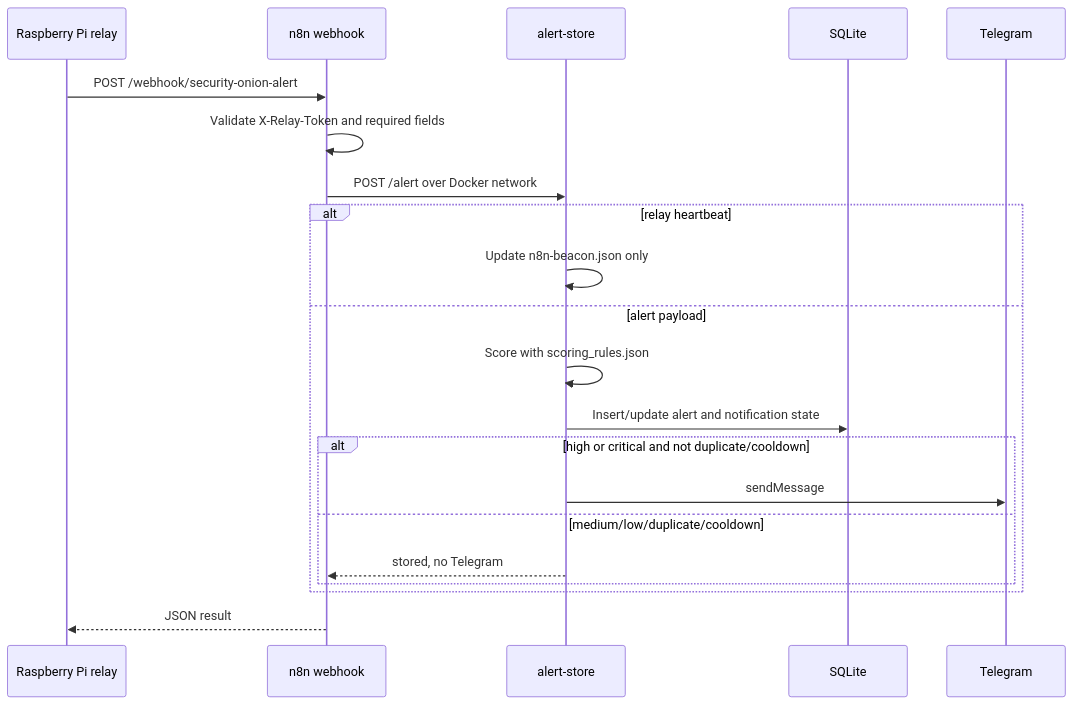
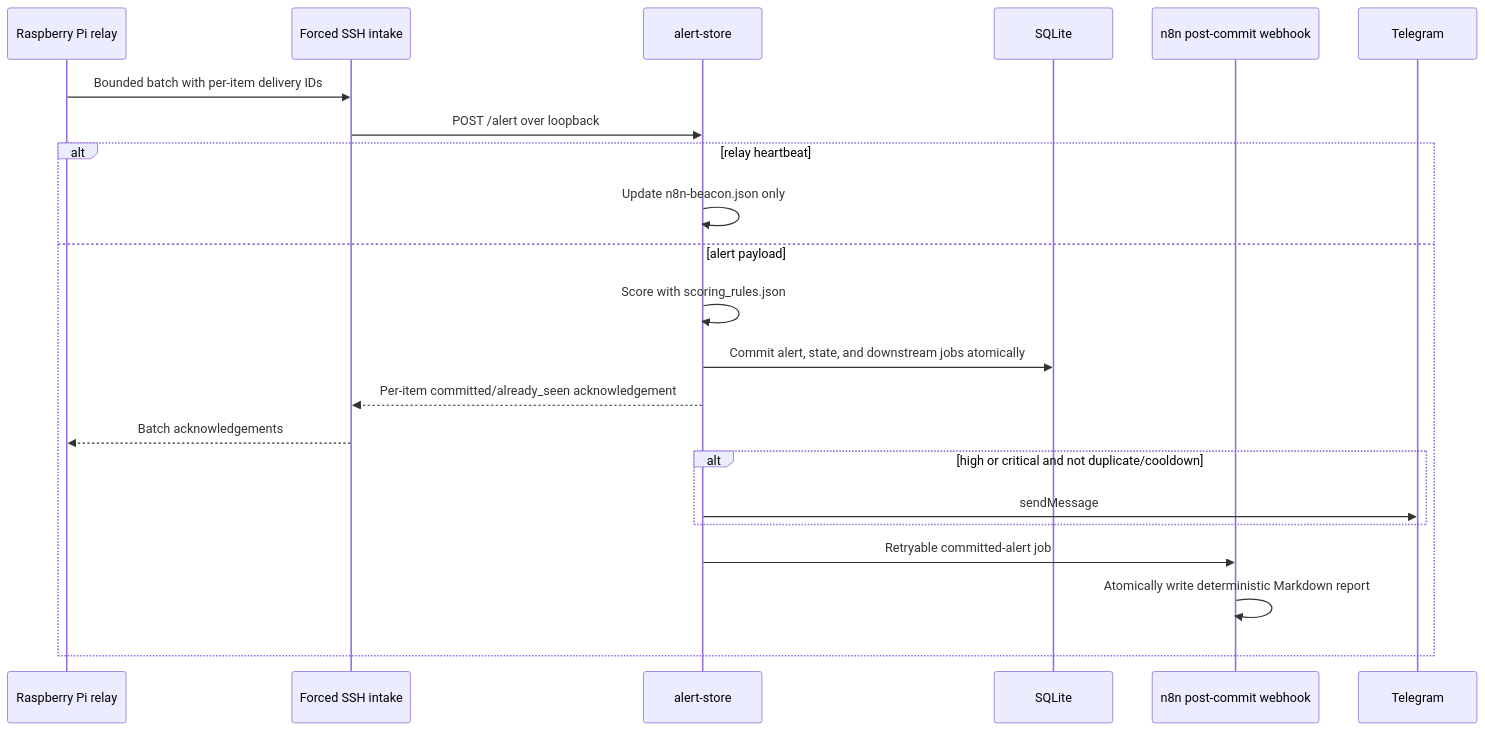
Before and after one commit to ArronJablonowski/OnionSentinel: the fifth of 5 diagrams in docs/security-onion-relay-architecture.md, drawn with Mermaid. The commit also changed other lines of this file and 136 other files, not shown here.

````diff
--- a/docs/security-onion-relay-architecture.md
+++ b/docs/security-onion-relay-architecture.md
@@ -797,24 +856,25 @@
 ```mermaid
 sequenceDiagram
   participant PI as Raspberry Pi relay
-  participant N8N as n8n webhook
+  participant INTAKE as Forced SSH intake
   participant STORE as alert-store
   participant DB as SQLite
+  participant N8N as n8n post-commit webhook
   participant TG as Telegram
 
-  PI->>N8N: POST /webhook/security-onion-alert
-  N8N->>N8N: Validate X-Relay-Token and required fields
-  N8N->>STORE: POST /alert over Docker network
+  PI->>INTAKE: Bounded batch with per-item delivery IDs
+  INTAKE->>STORE: POST /alert over loopback
   alt relay heartbeat
     STORE->>STORE: Update n8n-beacon.json only
   else alert payload
     STORE->>STORE: Score with scoring_rules.json
-    STORE->>DB: Insert/update alert and notification state
+    STORE->>DB: Commit alert, state, and downstream jobs atomically
+    STORE-->>INTAKE: Per-item committed/already_seen acknowledgement
+    INTAKE-->>PI: Batch acknowledgements
     alt high or critical and not duplicate/cooldown
       STORE->>TG: sendMessage
-    else medium/low/duplicate/cooldown
-      STORE-->>N8N: stored, no Telegram
     end
+    STORE->>N8N: Retryable committed-alert job
+    N8N->>N8N: Atomically write deterministic Markdown report
   end
-  N8N-->>PI: JSON result
 ```
````
